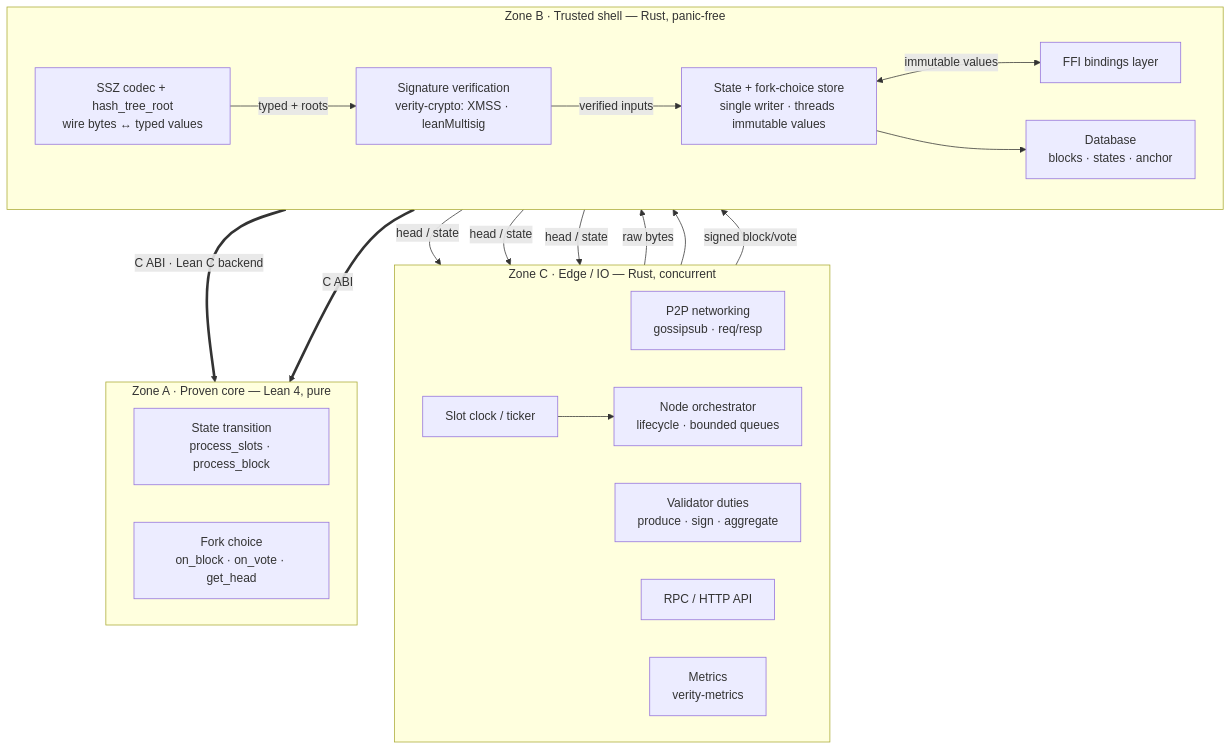
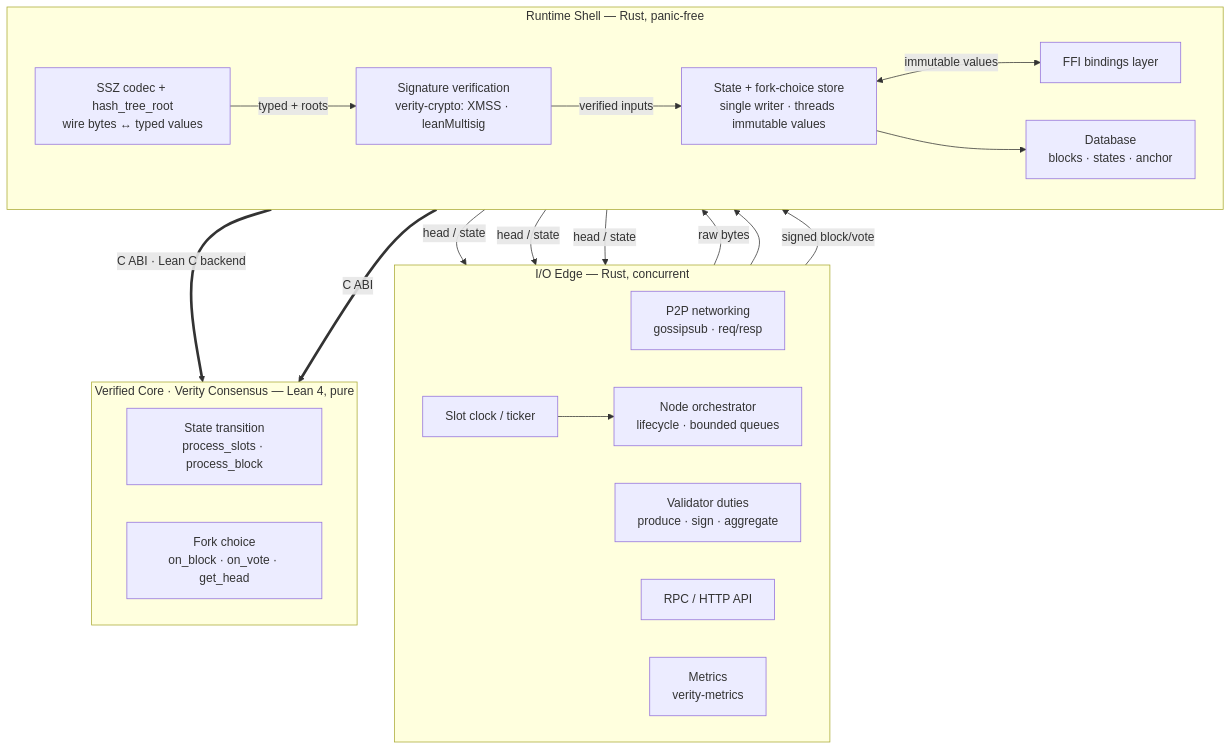
Before and after one commit to NyxFoundation/verity: the first of 3 diagrams in ARCHITECTURE.md, drawn with Mermaid. The commit also changed other lines of this file and 5 other files, not shown here.

First line of the commit message:
docs: movable-boundary architecture and domain model (#3)

````diff
--- a/ARCHITECTURE.md
+++ b/ARCHITECTURE.md
@@ -35,40 +44,40 @@
 ```mermaid
 flowchart TB
-    subgraph C["Zone C · Edge / IO — Rust, concurrent"]
+    subgraph C["I/O Edge — Rust, concurrent"]
         direction LR
         NET["P2P networking<br/>gossipsub · req/resp"]
         CLK["Slot clock / ticker"]
         VAL["Validator duties<br/>produce · sign · aggregate"]
         RPC["RPC / HTTP API"]
         MET["Metrics<br/>verity-metrics"]
         ORCH["Node orchestrator<br/>lifecycle · bounded queues"]
     end
 
-    subgraph B["Zone B · Trusted shell — Rust, panic-free"]
+    subgraph B["Runtime Shell — Rust, panic-free"]
         direction LR
         CODEC["SSZ codec + hash_tree_root<br/>wire bytes ↔ typed values"]
         CRYPTO["Signature verification<br/>verity-crypto: XMSS · leanMultisig"]
         STORE["State + fork-choice store<br/>single writer · threads immutable values"]
         DB["Database<br/>blocks · states · anchor"]
         FFI["FFI bindings layer"]
     end
 
-    subgraph A["Zone A · Proven core — Lean 4, pure"]
+    subgraph A["Verified Core · Verity Consensus — Lean 4, pure"]
         direction LR
         STF["State transition<br/>process_slots · process_block"]
         FC["Fork choice<br/>on_block · on_vote · get_head"]
     end
 
     NET -->|"raw bytes"| CODEC
     CODEC -->|"typed + roots"| CRYPTO
     CRYPTO -->|"verified inputs"| STORE
     CLK --> ORCH --> STORE
     STORE <-->|"immutable values"| FFI
     FFI ==>|"C ABI · Lean C backend"| STF
     FFI ==>|"C ABI"| FC
     STORE --> DB
     STORE -->|"head / state"| VAL
     STORE -->|"head / state"| RPC
     STORE -->|"head / state"| MET
     VAL -->|"signed block/vote"| CODEC
 ```
````
